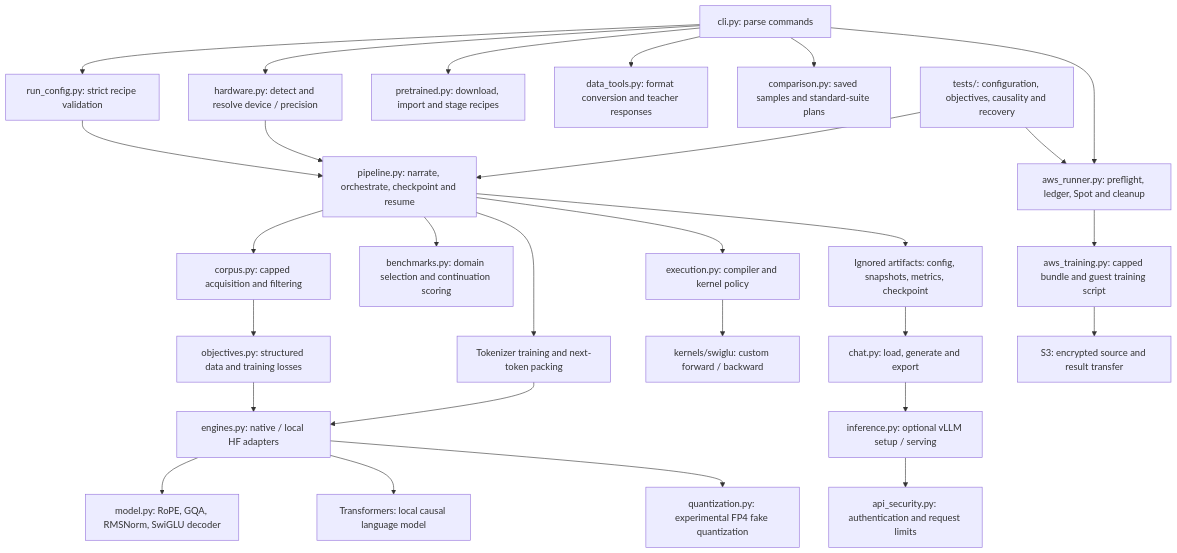
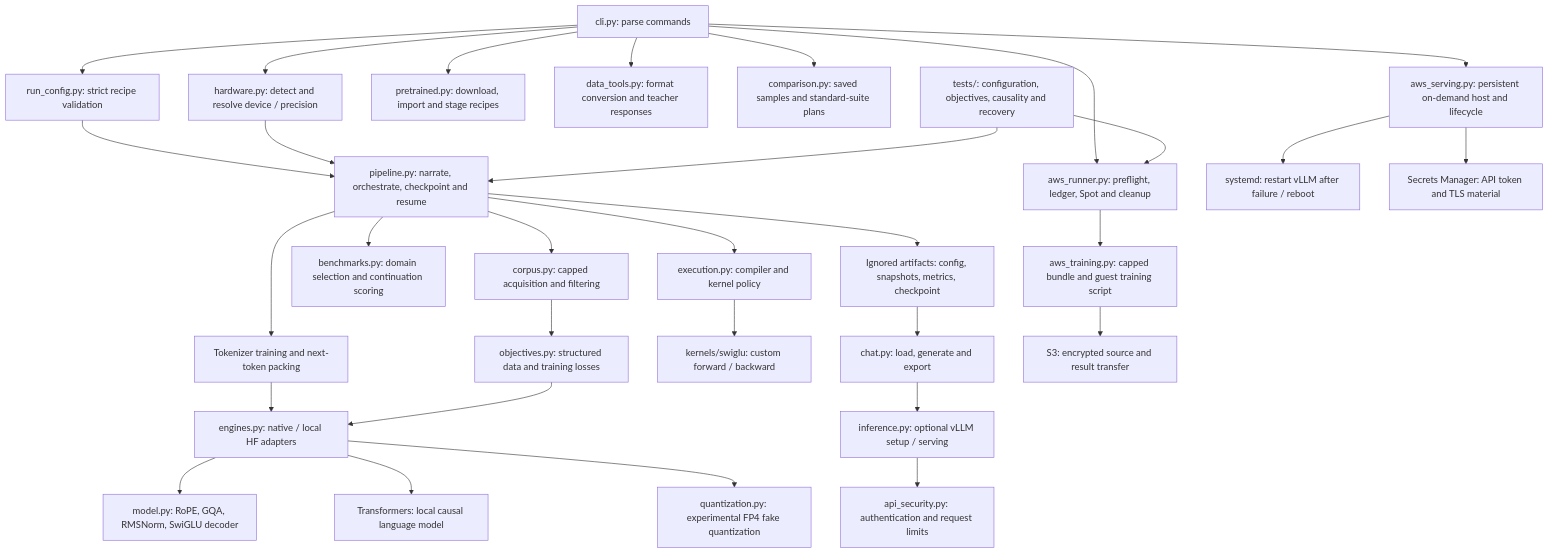
Before and after one commit to ashaytamhane/modelchef: the second of 2 diagrams in README.md, drawn with Mermaid. The commit also changed other lines of this file and 4 other files, not shown here.

Commit message:
Add persistent on-demand AWS API hosting with explicit lifecycle

````diff
--- a/README.md
+++ b/README.md
@@ -760,30 +806,33 @@
 ```mermaid
 flowchart TD
     CLI[cli.py: parse commands] --> Config[run_config.py: strict recipe validation]
     CLI --> HW[hardware.py: detect and resolve device / precision]
     CLI --> PT[pretrained.py: download, import and stage recipes]
     CLI --> Tools[data_tools.py: format conversion and teacher responses]
     CLI --> Compare[comparison.py: saved samples and standard-suite plans]
     Config --> Pipeline[pipeline.py: narrate, orchestrate, checkpoint and resume]
     HW --> Pipeline
     Pipeline --> Corpus[corpus.py: capped acquisition and filtering]
     Pipeline --> Bench[benchmarks.py: domain selection and continuation scoring]
     Pipeline --> Pack[Tokenizer training and next-token packing]
     Corpus --> Objective[objectives.py: structured data and training losses]
     Pack --> Engine[engines.py: native / local HF adapters]
     Objective --> Engine
     Pipeline --> Execution[execution.py: compiler and kernel policy]
     Execution --> CUDA[kernels/swiglu: custom forward / backward]
     Engine --> Native[model.py: RoPE, GQA, RMSNorm, SwiGLU decoder]
     Engine --> HF[Transformers: local causal language model]
     Engine --> Quant[quantization.py: experimental FP4 fake quantization]
     Pipeline --> Saved[Ignored artifacts: config, snapshots, metrics, checkpoint]
     Saved --> Chat[chat.py: load, generate and export]
     Chat --> VLLM[inference.py: optional vLLM setup / serving]
     VLLM --> Security[api_security.py: authentication and request limits]
     CLI --> Spot[aws_runner.py: preflight, ledger, Spot and cleanup]
+    CLI --> Hosting[aws_serving.py: persistent on-demand host and lifecycle]
+    Hosting --> Service[systemd: restart vLLM after failure / reboot]
+    Hosting --> Secret[Secrets Manager: API token and TLS material]
     Spot --> Bundle[aws_training.py: capped bundle and guest training script]
     Bundle --> S3[S3: encrypted source and result transfer]
     Tests[tests/: configuration, objectives, causality and recovery] --> Pipeline
     Tests --> Spot
 ```
````
